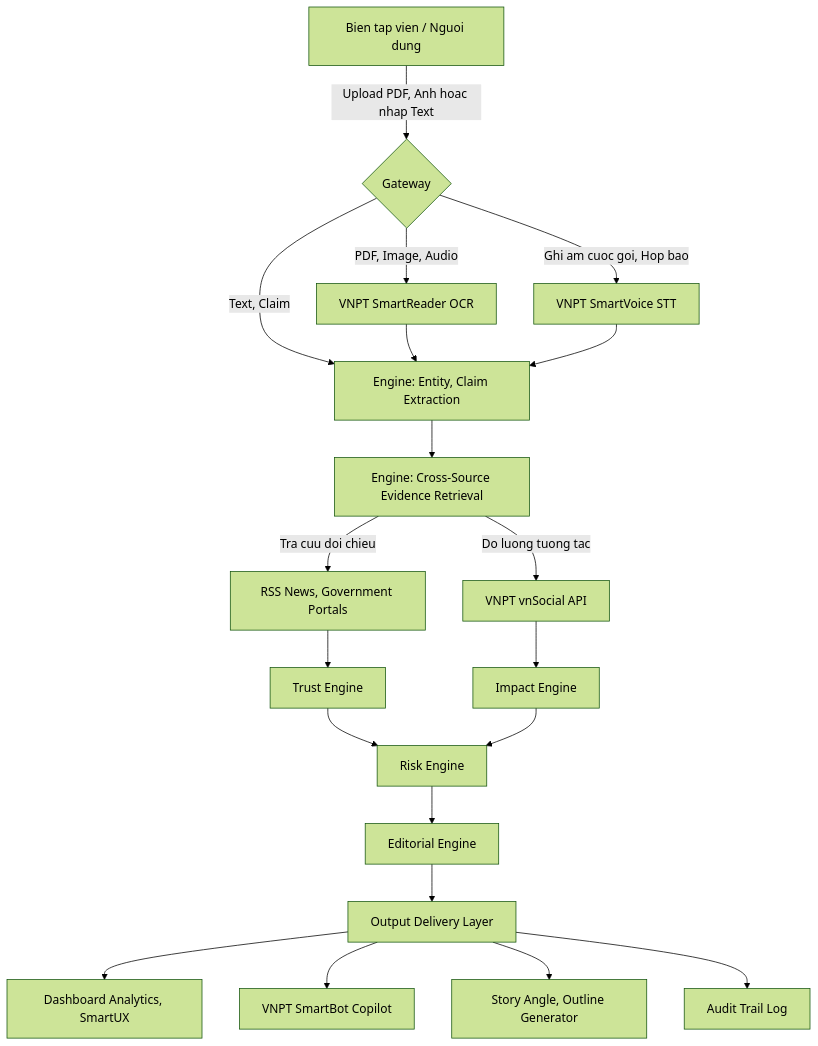
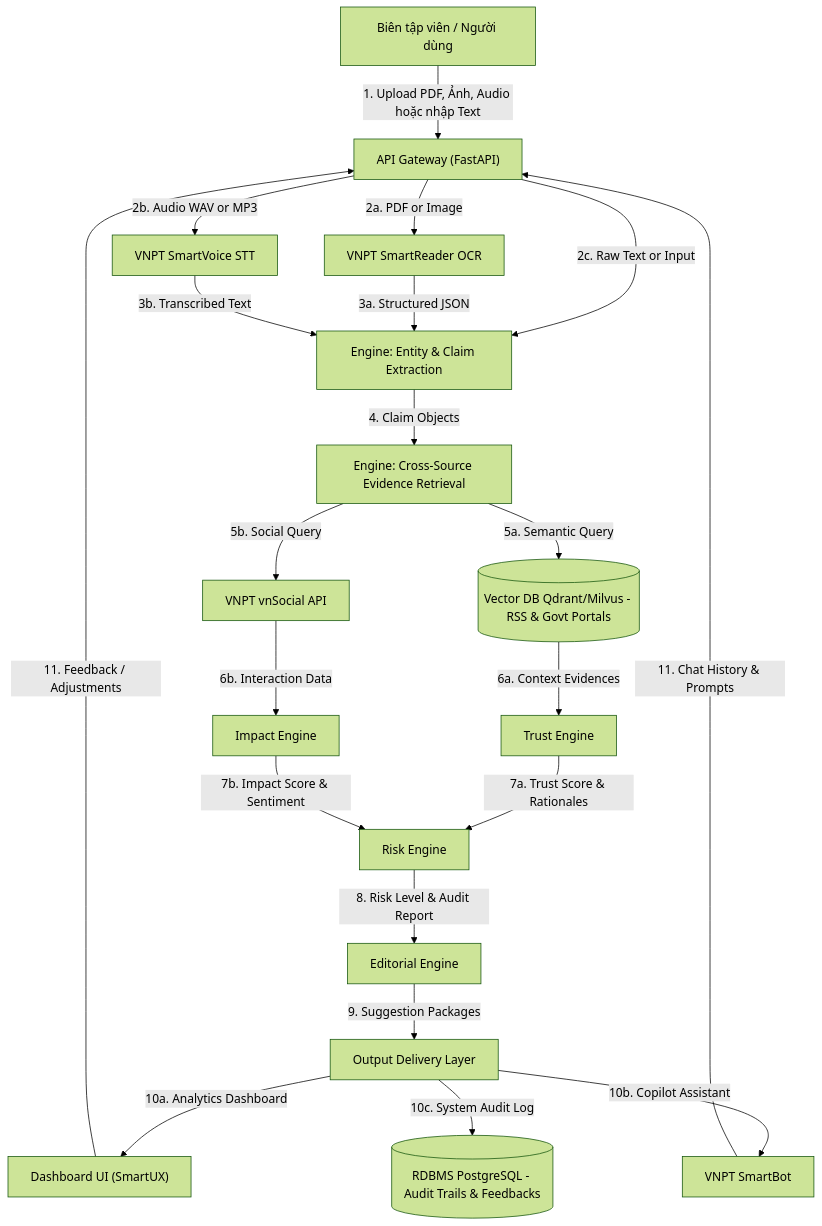
Before and after one commit to KidCute1412/VietnameseHackAIthon2026-SocialMedia: the diagram in docs/architectures/SystemArchitecture.md, drawn with Mermaid (forest theme). The commit also changed other lines of this file and 3 other files, not shown here.

````diff
--- a/docs/architectures/SystemArchitecture.md
+++ b/docs/architectures/SystemArchitecture.md
@@ -7,31 +11,37 @@
 ```mermaid
 flowchart TD
-    User["Bien tap vien / Nguoi dung"] -->|Upload PDF, Anh hoac nhap Text| Gateway{Gateway}
+    User["Biên tập viên / Người dùng"] -->|1. Upload PDF, Ảnh, Audio hoặc nhập Text| Gateway["API Gateway (FastAPI)"]
     
-    Gateway -->|PDF, Image, Audio| SmartReader["VNPT SmartReader OCR"]
-    Gateway -->|Ghi am cuoc goi, Hop bao| SmartVoice["VNPT SmartVoice STT"]
-    Gateway -->|Text, Claim| Claims["Engine: Entity, Claim Extraction"]
+    %% Input Digitization (Asynchronous)
+    Gateway -->|2a. PDF or Image| SmartReader["VNPT SmartReader OCR"]
+    Gateway -->|2b. Audio WAV or MP3| SmartVoice["VNPT SmartVoice STT"]
+    Gateway -->|2c. Raw Text or Input| Claims["Engine: Entity & Claim Extraction"]
     
-    SmartReader --> Claims
-    SmartVoice --> Claims
+    SmartReader -->|3a. Structured JSON| Claims
+    SmartVoice -->|3b. Transcribed Text| Claims
     
-    Claims --> Retrieval["Engine: Cross-Source Evidence Retrieval"]
+    %% Processing & Evaluation
+    Claims -->|4. Claim Objects| Retrieval["Engine: Cross-Source Evidence Retrieval"]
     
-    Retrieval -->|Tra cuu doi chieu| Press["RSS News, Government Portals"]
-    Retrieval -->|Do luong tuong tac| vnSocial["VNPT vnSocial API"]
+    %% DB & Knowledge Sources
+    Retrieval -->|5a. Semantic Query| VectorDB[("Vector DB Qdrant/Milvus - RSS & Govt Portals")]
+    Retrieval -->|5b. Social Query| vnSocial["VNPT vnSocial API"]
     
-    Press --> Trust["Trust Engine"]
-    vnSocial --> Impact["Impact Engine"]
+    VectorDB -->|6a. Context Evidences| Trust["Trust Engine"]
+    vnSocial -->|6b. Interaction Data| Impact["Impact Engine"]
     
-    Trust --> Risk["Risk Engine"]
-    Impact --> Risk
+    Trust -->|7a. Trust Score & Rationales| Risk["Risk Engine"]
+    Impact -->|7b. Impact Score & Sentiment| Risk
     
-    Risk --> Editorial["Editorial Engine"]
+    %% Output Generation & Interactive Feedback Loop
+    Risk -->|8. Risk Level & Audit Report| Editorial["Editorial Engine"]
+    Editorial -->|9. Suggestion Packages| Output["Output Delivery Layer"]
     
-    Editorial --> Output["Output Delivery Layer"]
+    Output -->|10a. Analytics Dashboard| Dashboard["Dashboard UI (SmartUX)"]
+    Output -->|10b. Copilot Assistant| SmartBot["VNPT SmartBot"]
+    Output -->|10c. System Audit Log| DB[("RDBMS PostgreSQL - Audit Trails & Feedbacks")]
     
-    Output --> Dashboard["Dashboard Analytics, SmartUX"]
-    Output --> SmartBot["VNPT SmartBot Copilot"]
-    Output --> Outline["Story Angle, Outline Generator"]
-    Output --> Audit["Audit Trail Log"]
+    %% Human-in-the-loop Feedback
+    Dashboard -->|11. Feedback / Adjustments| Gateway
+    SmartBot -->|11. Chat History & Prompts| Gateway
 ```
````
